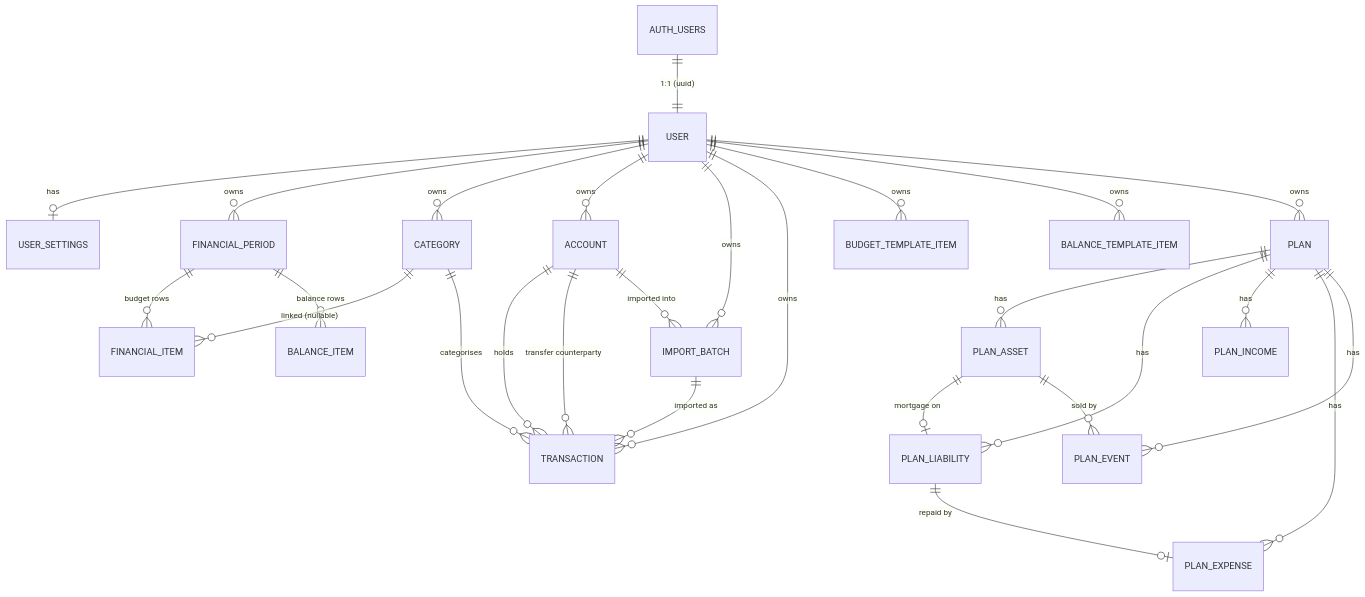
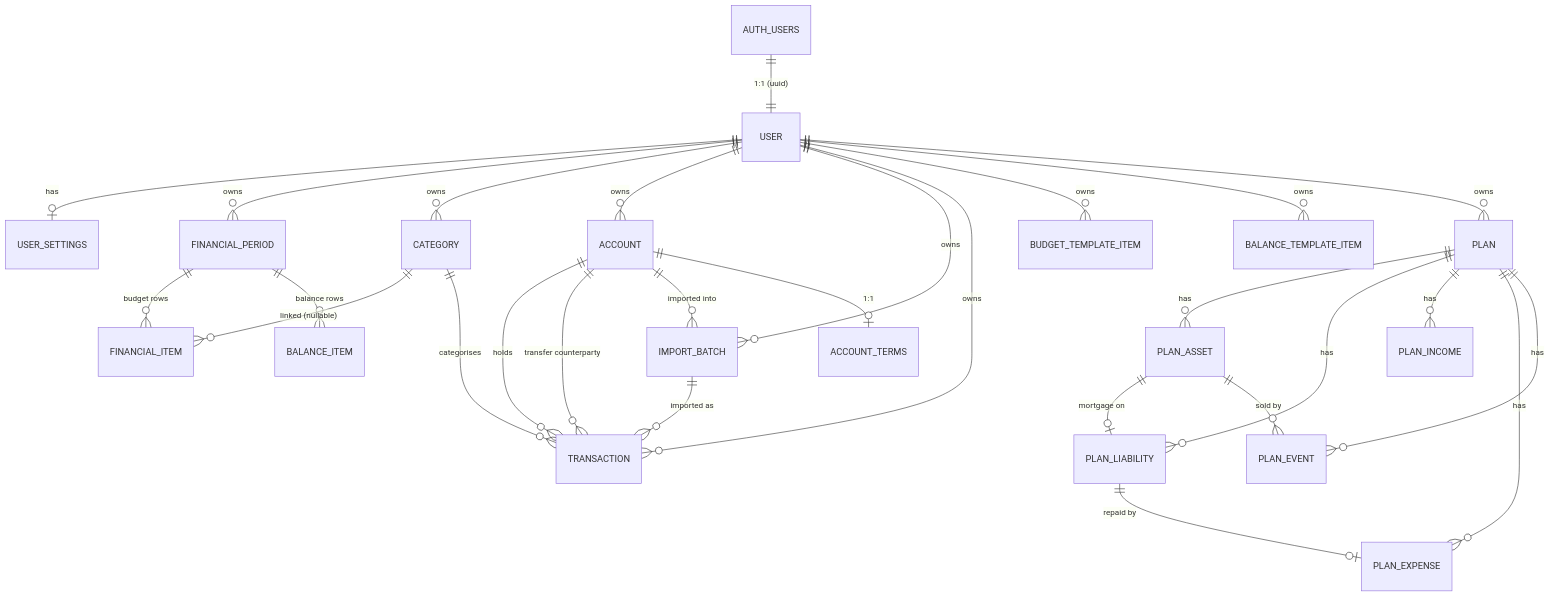
One commit to JRRS1982/halcyon changed the diagram in docs/DataModels/DataModels.md. Above: the diagram before and after it, drawn with Mermaid. The commit also changed other lines of this file and 3 other files, not shown here.

First line of the commit message:
feat/account-terms: docs for the terms card, the units and the widened Sync

````diff
--- a/docs/DataModels/DataModels.md
+++ b/docs/DataModels/DataModels.md
@@ -85,29 +95,30 @@
 ```mermaid
 erDiagram
     AUTH_USERS ||--|| USER : "1:1 (uuid)"
     USER ||--o| USER_SETTINGS : has
     USER ||--o{ FINANCIAL_PERIOD : owns
     USER ||--o{ CATEGORY : owns
     USER ||--o{ ACCOUNT : owns
     USER ||--o{ IMPORT_BATCH : owns
     USER ||--o{ TRANSACTION : owns
     USER ||--o{ BUDGET_TEMPLATE_ITEM : owns
     USER ||--o{ BALANCE_TEMPLATE_ITEM : owns
     USER ||--o{ PLAN : owns
     FINANCIAL_PERIOD ||--o{ FINANCIAL_ITEM : "budget rows"
     FINANCIAL_PERIOD ||--o{ BALANCE_ITEM : "balance rows"
     CATEGORY ||--o{ FINANCIAL_ITEM : "linked (nullable)"
     CATEGORY ||--o{ TRANSACTION : "categorises"
     ACCOUNT ||--o{ TRANSACTION : "holds"
     ACCOUNT ||--o{ TRANSACTION : "transfer counterparty"
     ACCOUNT ||--o{ IMPORT_BATCH : "imported into"
+    ACCOUNT ||--o| ACCOUNT_TERMS : "1:1"
     IMPORT_BATCH ||--o{ TRANSACTION : "imported as"
     PLAN ||--o{ PLAN_ASSET : has
     PLAN ||--o{ PLAN_LIABILITY : has
     PLAN ||--o{ PLAN_INCOME : has
     PLAN ||--o{ PLAN_EXPENSE : has
     PLAN ||--o{ PLAN_EVENT : has
     PLAN_ASSET ||--o| PLAN_LIABILITY : "mortgage on"
     PLAN_LIABILITY ||--o| PLAN_EXPENSE : "repaid by"
     PLAN_ASSET ||--o{ PLAN_EVENT : "sold by"
 ```
````
